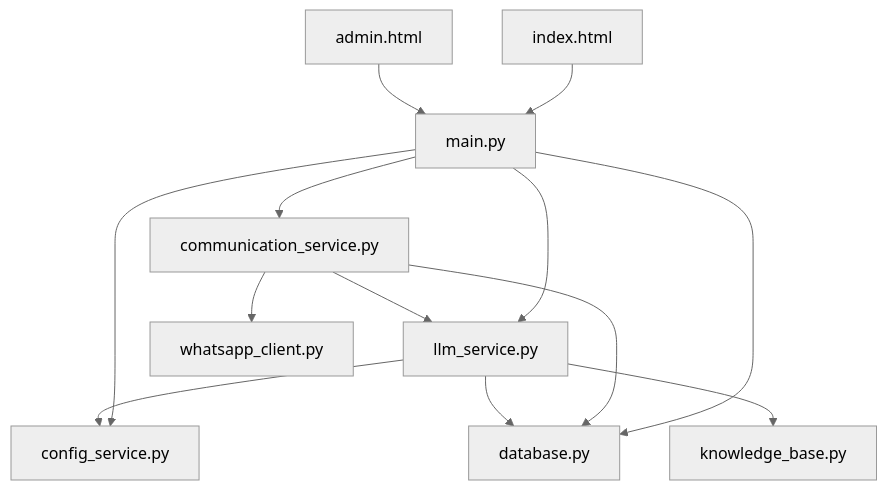
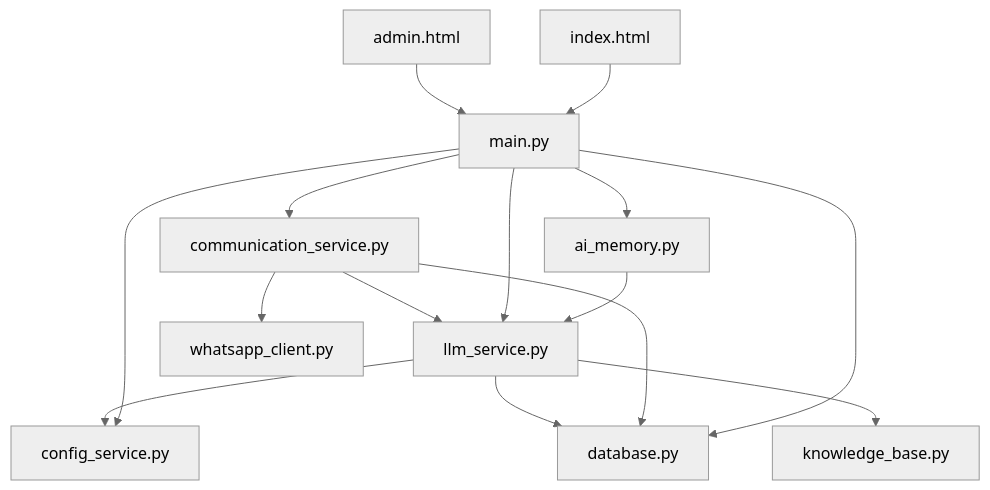
One commit to 2950730liao-hub/whatsapp-reply changed the ninth of 9 diagrams in .qoder/repowiki/zh/content/核心模块/大语言模型服务模块.md. Above: the diagram before and after it, drawn with Mermaid (neutral theme). The commit also changed other lines of this file and 15 other files, not shown here.

````diff
--- a/.qoder/repowiki/zh/content/核心模块/大语言模型服务模块.md
+++ b/.qoder/repowiki/zh/content/核心模块/大语言模型服务模块.md
@@ -427,15 +548,17 @@
 ```mermaid
 graph TD
 LLM[llm_service.py] --> CFG[config_service.py]
 LLM --> DB[database.py]
 LLM --> KB[knowledge_base.py]
 COMM[communication_service.py] --> LLM
 COMM --> DB
 COMM --> WA[whatsapp_client.py]
 MAIN[main.py] --> LLM
 MAIN --> COMM
 MAIN --> DB
 MAIN --> CFG
+MAIN --> MEM[ai_memory.py]
+MEM --> LLM
 ADMIN[admin.html] --> MAIN
 INDEX[index.html] --> MAIN
 ```
````
